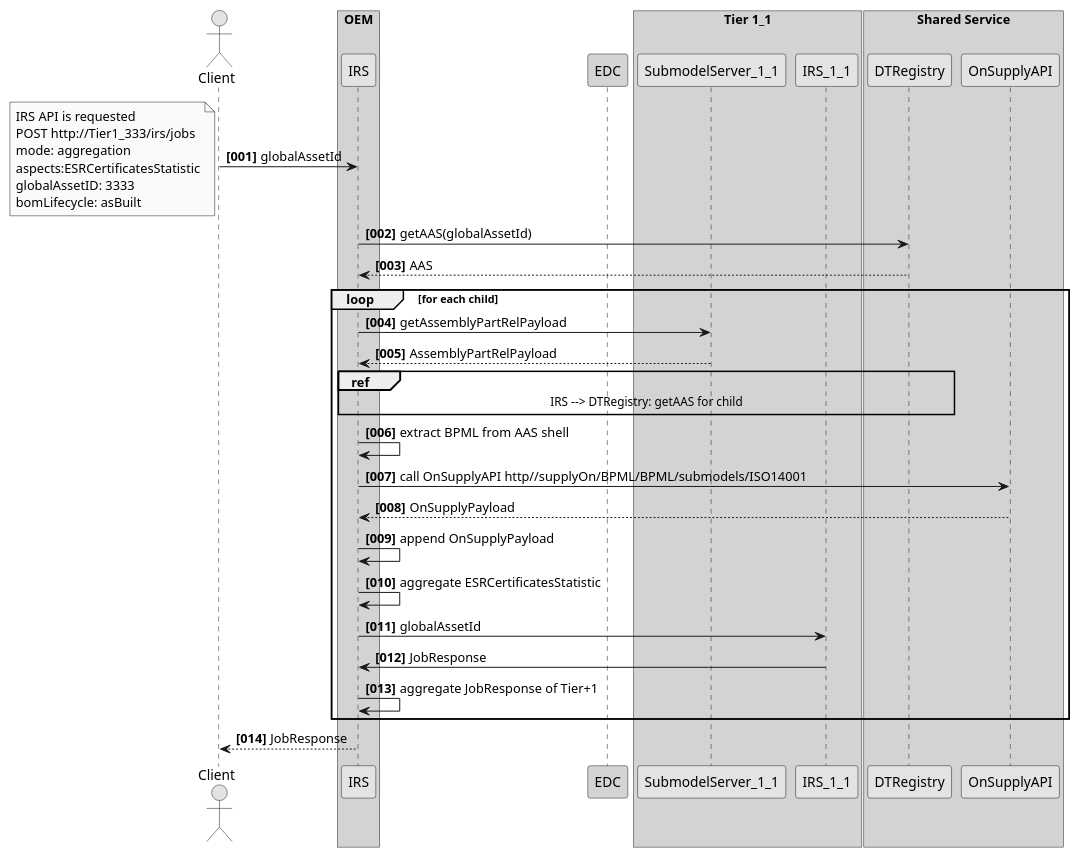
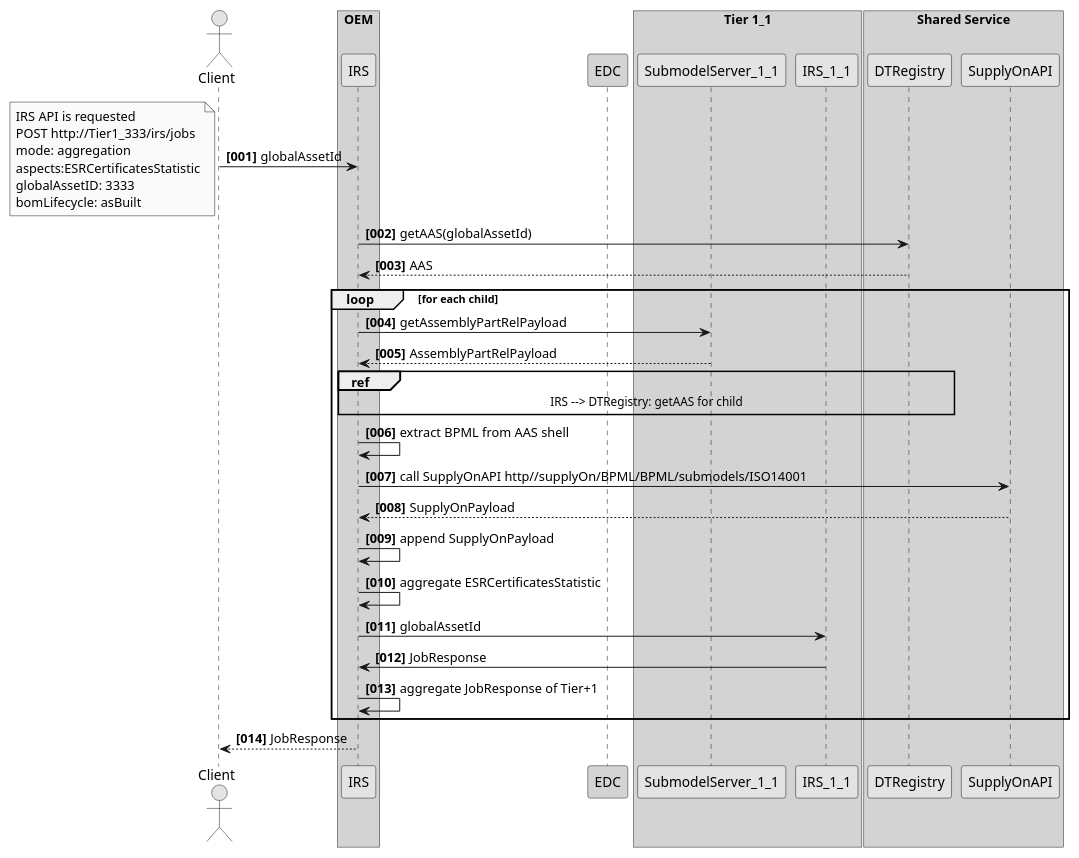
The diagram in uml-diagrams/spike/esr-certificates/esr-certificate-sequence.puml (eclipse-tractusx/item-relationship-service), drawn with PlantUML before and after one commit. The commit also changed 1 other file, not shown here.

Commit message:
chore(uml):[TRI-414] change OnSupply to SupplyOn

```diff
--- a/uml-diagrams/spike/esr-certificates/esr-certificate-sequence.puml
+++ b/uml-diagrams/spike/esr-certificates/esr-certificate-sequence.puml
@@ -1,55 +1,55 @@
 @startuml
 skinparam monochrome true
 skinparam shadowing false
 
 
 autonumber "<b>[000]"
 
 actor Client
 
 box "OEM" #LightGrey
 Client -> IRS : globalAssetId
 note left
 IRS API is requested
 POST http://Tier1_333/irs/jobs
 mode: aggregation
 aspects:ESRCertificatesStatistic
 globalAssetID: 3333
 bomLifecycle: asBuilt
 end note
 IRS -> DTRegistry: getAAS(globalAssetId)
 IRS <-- DTRegistry: AAS
 
 loop for each child
 IRS -> SubmodelServer_1_1 : getAssemblyPartRelPayload
 IRS <-- SubmodelServer_1_1 : AssemblyPartRelPayload
 ref over IRS,DTRegistry
     IRS --> DTRegistry: getAAS for child
 end ref
 IRS -> IRS : extract BPML from AAS shell
-IRS -> OnSupplyAPI : call OnSupplyAPI http//supplyOn/BPML/BPML/submodels/ISO14001
-IRS <-- OnSupplyAPI : OnSupplyPayload
-IRS -> IRS : append OnSupplyPayload
+IRS -> SupplyOnAPI : call SupplyOnAPI http//supplyOn/BPML/BPML/submodels/ISO14001
+IRS <-- SupplyOnAPI : SupplyOnPayload
+IRS -> IRS : append SupplyOnPayload
 IRS -> IRS : aggregate ESRCertificatesStatistic
 IRS -> IRS_1_1 : globalAssetId
 IRS <- IRS_1_1 : JobResponse
 IRS -> IRS : aggregate JobResponse of Tier+1
 end loop
 
 Client <-- IRS : JobResponse
 
 end box
 
 participant "EDC" as EDC1 #99FF99
 
 box "Tier 1_1" #LightGrey
 participant SubmodelServer_1_1
 participant IRS_1_1
 end box
 
 box "Shared Service" #LightGrey
 participant DTRegistry
-participant OnSupplyAPI
+participant SupplyOnAPI
 end box
 
 @enduml
```
